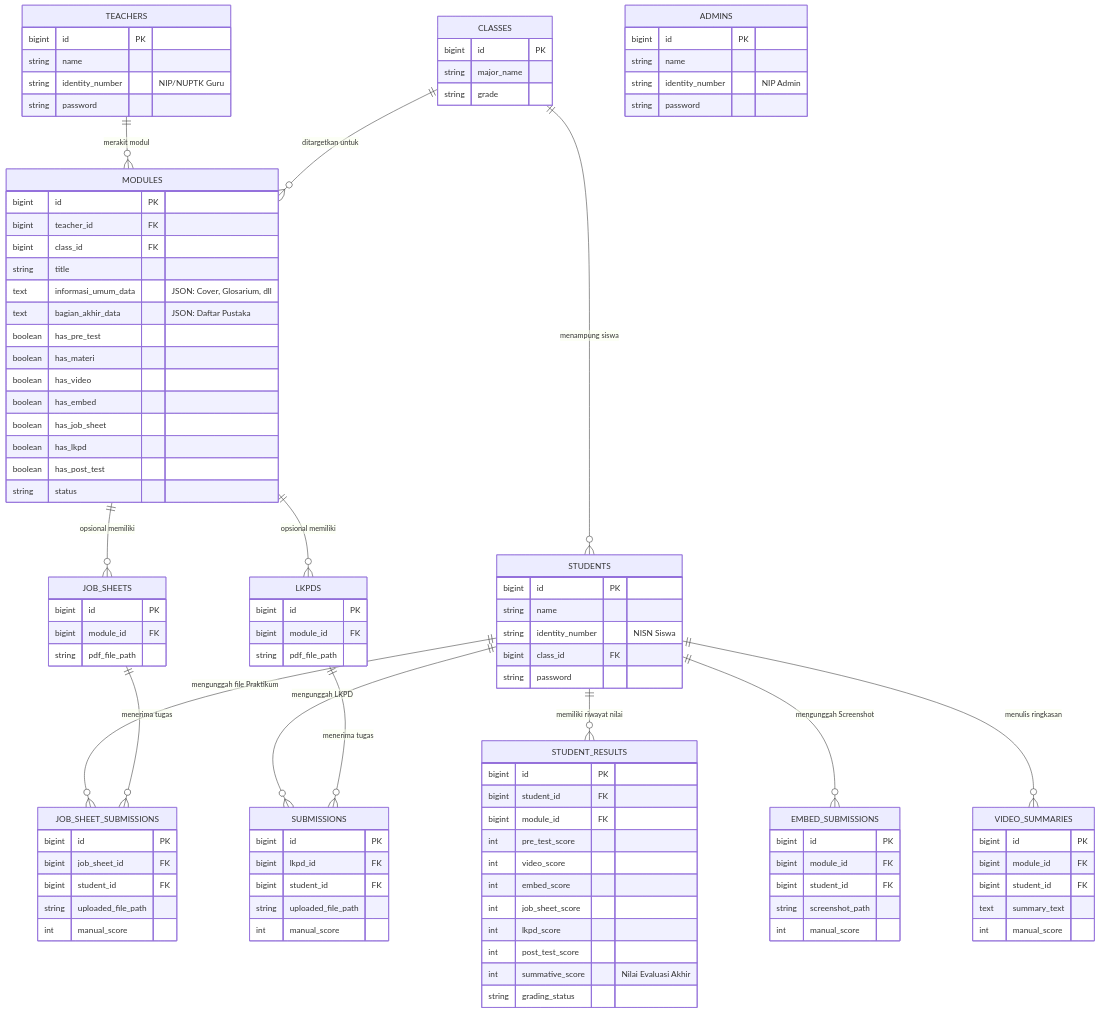
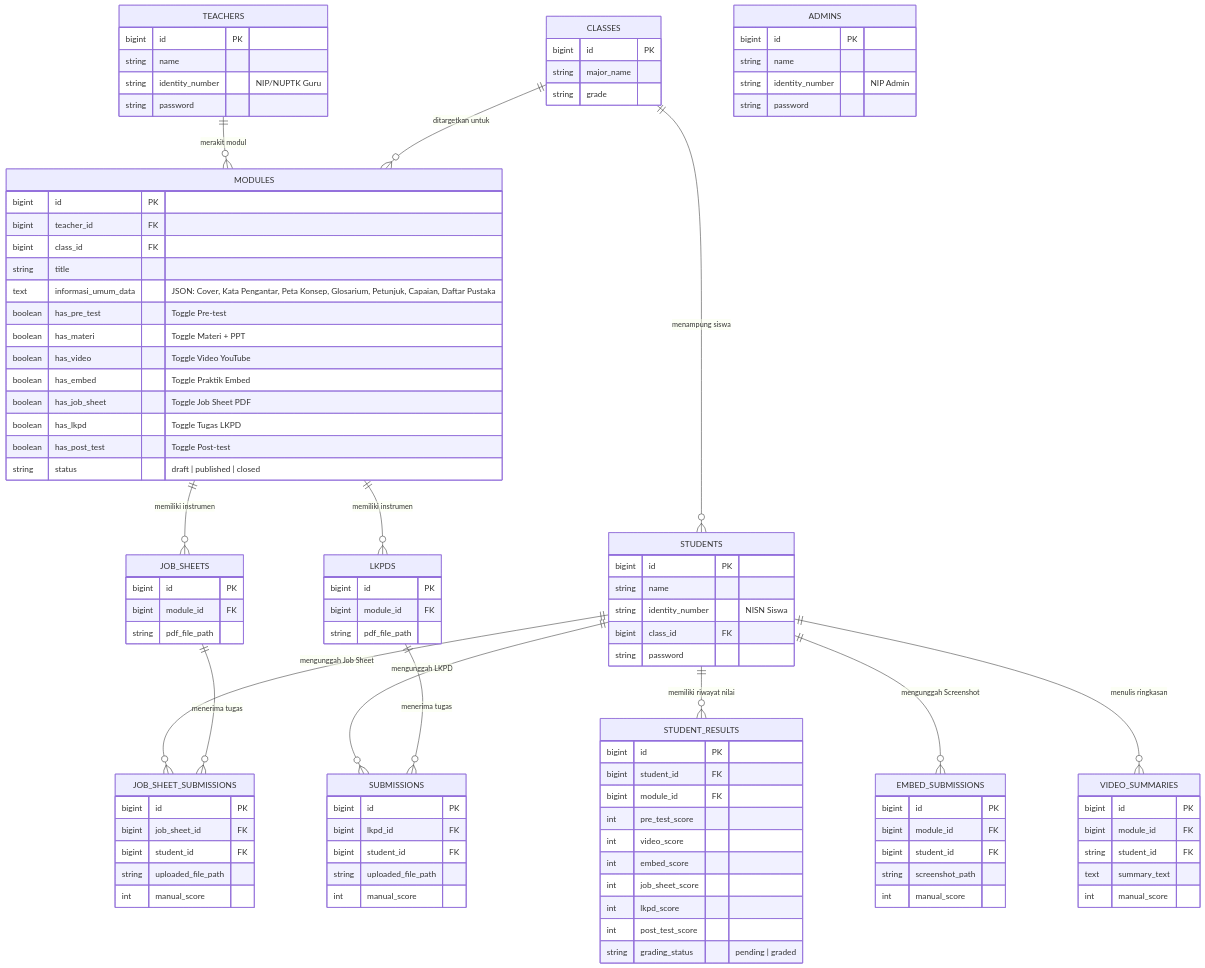
Before and after one commit to AdiLamunedo21/e-modul: the second of 2 diagrams in prd.md, drawn with Mermaid. The commit also changed other lines of this file, not shown here.

Commit message:
Docs: Update PRD to align with final 2-part E-Module architecture and database schema

````diff
--- a/prd.md
+++ b/prd.md
@@ -262,15 +253,15 @@
 ```mermaid
 erDiagram
     TEACHERS ||--o{ MODULES : "merakit modul"
+    CLASSES ||--o{ STUDENTS : "menampung siswa"
+    CLASSES ||--o{ MODULES : "ditargetkan untuk"
     STUDENTS ||--o{ STUDENT_RESULTS : "memiliki riwayat nilai"
     STUDENTS ||--o{ SUBMISSIONS : "mengunggah LKPD"
-    STUDENTS ||--o{ JOB_SHEET_SUBMISSIONS : "mengunggah file Praktikum"
+    STUDENTS ||--o{ JOB_SHEET_SUBMISSIONS : "mengunggah Job Sheet"
     STUDENTS ||--o{ EMBED_SUBMISSIONS : "mengunggah Screenshot"
     STUDENTS ||--o{ VIDEO_SUMMARIES : "menulis ringkasan"
-    CLASSES ||--o{ STUDENTS : "menampung siswa"
-    CLASSES ||--o{ MODULES : "ditargetkan untuk"
-    MODULES ||--o{ JOB_SHEETS : "opsional memiliki"
-    MODULES ||--o{ LKPDS : "opsional memiliki"
+    MODULES ||--o{ JOB_SHEETS : "memiliki instrumen"
+    MODULES ||--o{ LKPDS : "memiliki instrumen"
     JOB_SHEETS ||--o{ JOB_SHEET_SUBMISSIONS : "menerima tugas"
     LKPDS ||--o{ SUBMISSIONS : "menerima tugas"
 
@@ -303,16 +294,15 @@
         bigint teacher_id FK
         bigint class_id FK
         string title
-        text informasi_umum_data "JSON: Cover, Glosarium, dll"
-        text bagian_akhir_data "JSON: Daftar Pustaka"
-        boolean has_pre_test
-        boolean has_materi
-        boolean has_video
-        boolean has_embed
-        boolean has_job_sheet
-        boolean has_lkpd
-        boolean has_post_test
-        string status
+        text informasi_umum_data "JSON: Cover, Kata Pengantar, Peta Konsep, Glosarium, Petunjuk, Capaian, Daftar Pustaka"
+        boolean has_pre_test "Toggle Pre-test"
+        boolean has_materi "Toggle Materi + PPT"
+        boolean has_video "Toggle Video YouTube"
+        boolean has_embed "Toggle Praktik Embed"
+        boolean has_job_sheet "Toggle Job Sheet PDF"
+        boolean has_lkpd "Toggle Tugas LKPD"
+        boolean has_post_test "Toggle Post-test"
+        string status "draft | published | closed"
     }
     JOB_SHEETS {
         bigint id PK
@@ -348,7 +338,7 @@
     VIDEO_SUMMARIES {
         bigint id PK
         bigint module_id FK
-        bigint student_id FK
+        string student_id FK
         text summary_text
         int manual_score
     }
@@ -362,8 +352,6 @@
         int job_sheet_score
         int lkpd_score
         int post_test_score
-        int summative_score "Nilai Evaluasi Akhir"
-        string grading_status
+        string grading_status "pending | graded"
     }
-
 ```
````
